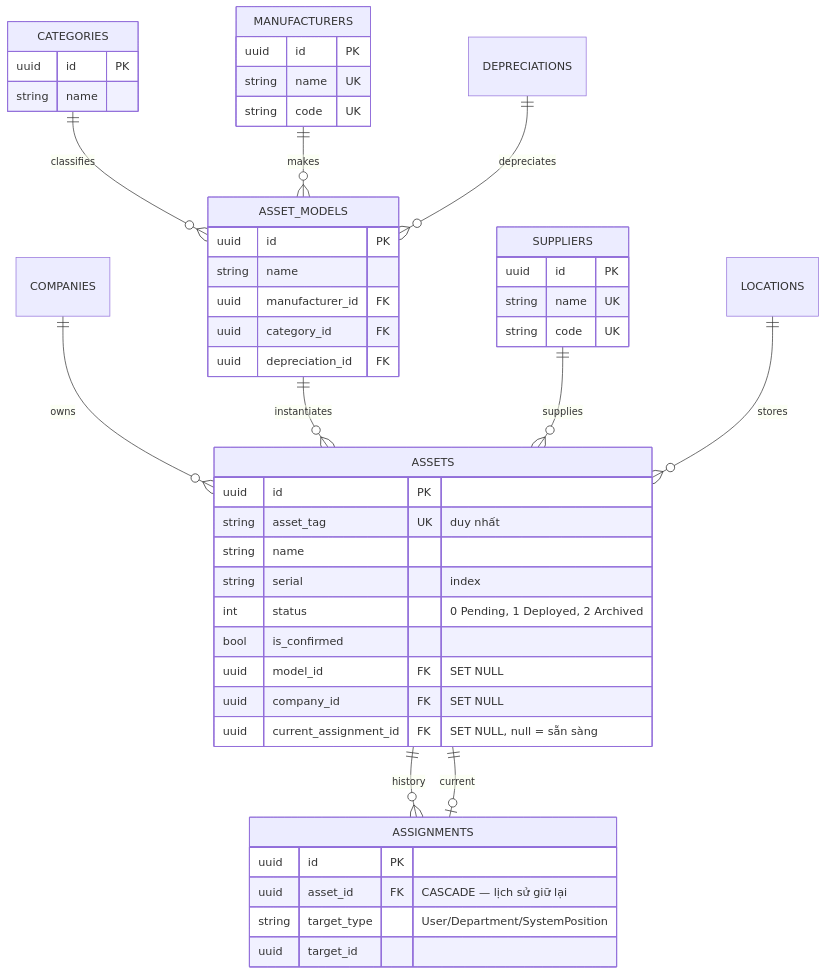
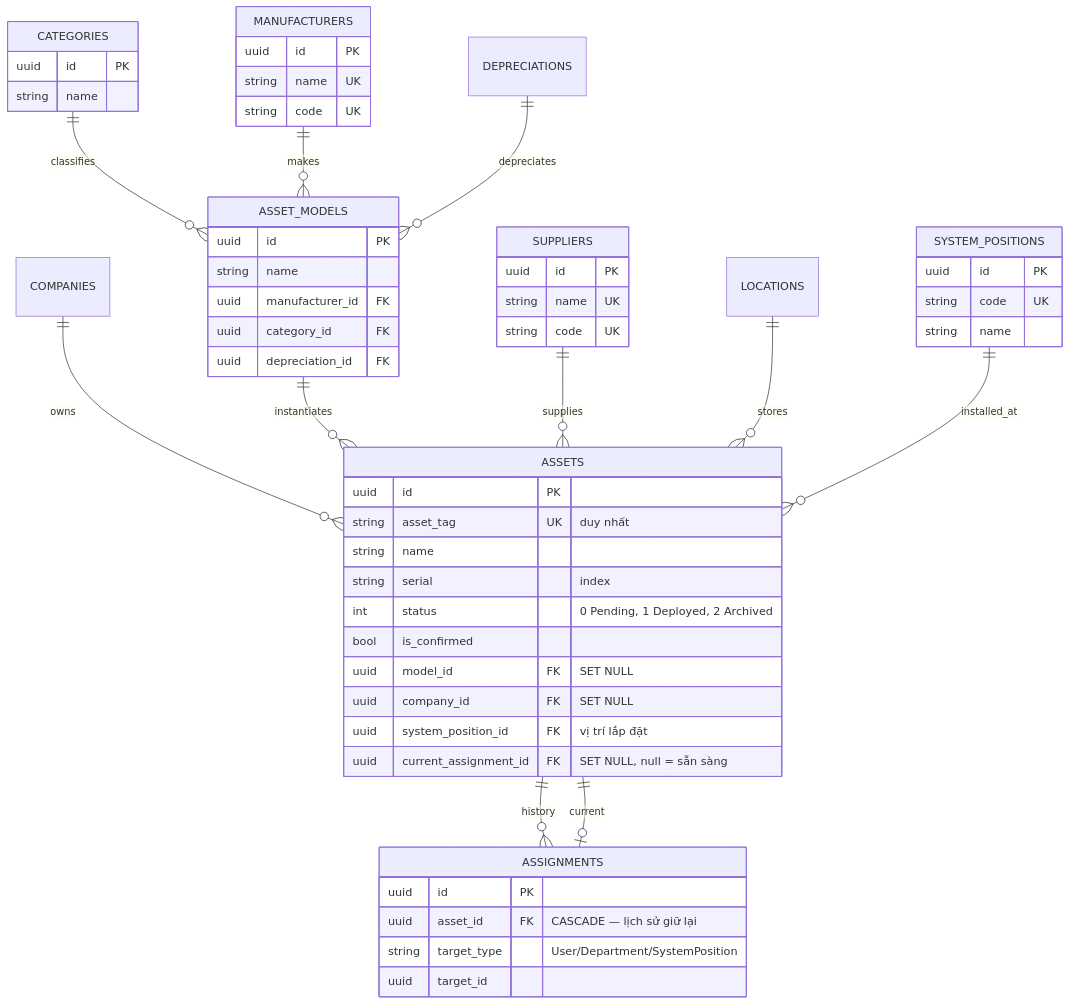
The diagram in docs/guide/05-erd-tai-san.md (toannd18/mirats), drawn with Mermaid before and after one commit. The commit also changed 7 other files, not shown here.

Commit message:
docs(guide): flowchart thay C4 vo + rut gon sequence + ERD khop snapshot

````diff
--- a/docs/guide/05-erd-tai-san.md
+++ b/docs/guide/05-erd-tai-san.md
@@ -13,51 +13,58 @@
 ```mermaid
 erDiagram
     COMPANIES ||--o{ ASSETS : owns
     ASSET_MODELS ||--o{ ASSETS : instantiates
     CATEGORIES ||--o{ ASSET_MODELS : classifies
     MANUFACTURERS ||--o{ ASSET_MODELS : makes
     SUPPLIERS ||--o{ ASSETS : supplies
     DEPRECIATIONS ||--o{ ASSET_MODELS : depreciates
     LOCATIONS ||--o{ ASSETS : stores
+    SYSTEM_POSITIONS ||--o{ ASSETS : installed_at
     ASSETS ||--o{ ASSIGNMENTS : history
     ASSETS ||--o| ASSIGNMENTS : current
 
     ASSETS {
         uuid id PK
         string asset_tag UK "duy nhất"
         string name
         string serial "index"
         int status "0 Pending, 1 Deployed, 2 Archived"
         bool is_confirmed
         uuid model_id FK "SET NULL"
         uuid company_id FK "SET NULL"
+        uuid system_position_id FK "vị trí lắp đặt"
         uuid current_assignment_id FK "SET NULL, null = sẵn sàng"
     }
     ASSET_MODELS {
         uuid id PK
         string name
         uuid manufacturer_id FK
         uuid category_id FK
         uuid depreciation_id FK
     }
     CATEGORIES {
         uuid id PK
         string name
     }
     MANUFACTURERS {
         uuid id PK
         string name UK
         string code UK
     }
     SUPPLIERS {
         uuid id PK
         string name UK
         string code UK
     }
     ASSIGNMENTS {
         uuid id PK
         uuid asset_id FK "CASCADE — lịch sử giữ lại"
         string target_type "User/Department/SystemPosition"
         uuid target_id
     }
+    SYSTEM_POSITIONS {
+        uuid id PK
+        string code UK
+        string name
+    }
 ```
````
